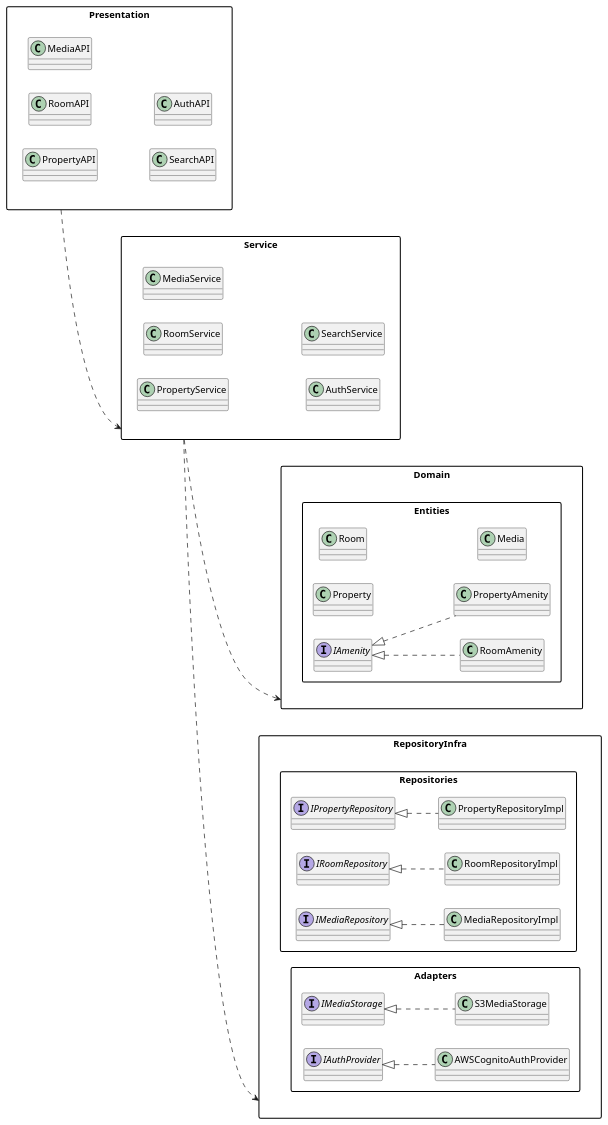
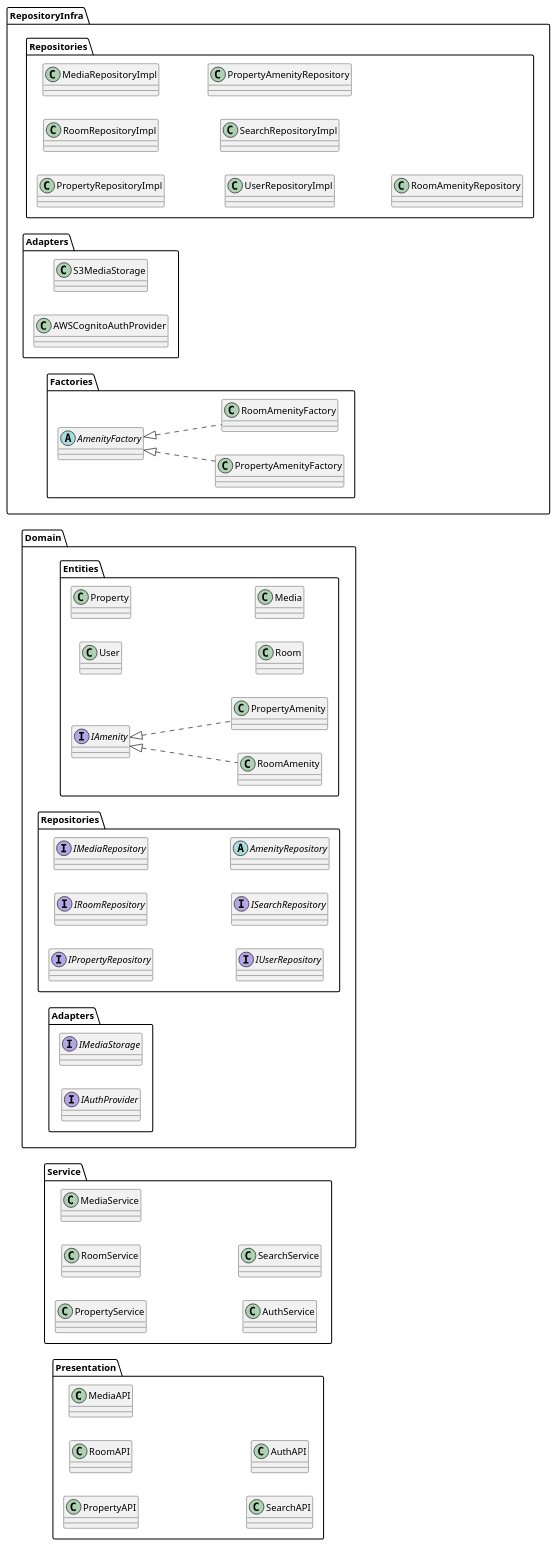
Before and after one commit to Formola/progettazione-hotel: the diagram in docs/plantuml/design/package.puml, drawn with PlantUML. The commit also changed 6 other files, not shown here.

Commit message:
adjusted sizes of uml diagrams

```diff
--- a/docs/plantuml/design/package.puml
+++ b/docs/plantuml/design/package.puml
@@ -1,79 +1,95 @@
 @startuml PackageDiagramOptimized
-skinparam packageStyle rectangle
 left to right direction
 
 ' --- PRESENTATION ---
 package "Presentation" {
   class PropertyAPI
   class RoomAPI
   class MediaAPI
   class SearchAPI
   class AuthAPI
 }
 
 ' --- SERVICE ---
 package "Service" {
   class PropertyService
   class RoomService
   class MediaService
   class AuthService
   class SearchService
 }
 
 ' --- DOMAIN ---
 package "Domain" {
 
   package "Entities" {
+    class User
     class Property
     class Room
     class Media
     interface IAmenity
     class RoomAmenity
     class PropertyAmenity
+  }
+
+  package "Repositories" {
+    interface IPropertyRepository
+    interface IRoomRepository
+    interface IMediaRepository
+    interface IUserRepository
+    interface ISearchRepository
+    abstract AmenityRepository
+  }
+
+
+  package "Adapters" {
+    interface IMediaStorage
+    interface IAuthProvider
   }
 
 
 
 }
 
 package "RepositoryInfra" {
 
   package "Repositories" {
     class PropertyRepositoryImpl
     class RoomRepositoryImpl
     class MediaRepositoryImpl
-    interface IPropertyRepository
-    interface IRoomRepository
-    interface IMediaRepository
+    class UserRepositoryImpl
+    class SearchRepositoryImpl
+    class PropertyAmenityRepository
+    class RoomAmenityRepository
   }
+
   package "Adapters" {
     class S3MediaStorage
     class AWSCognitoAuthProvider
-    interface IMediaStorage
 
-    class AWSCognitoAuthProvider
-    interface IAuthProvider
+  }
 
+  package "Factories" {
+    abstract AmenityFactory
+    class PropertyAmenityFactory
+    class RoomAmenityFactory
   }
 
 
 }
 
-"Presentation" ..> "Service"
-"Service" ..> "Domain"
-"Service" ..> "RepositoryInfra"
-
-
-IPropertyRepository <|.. PropertyRepositoryImpl
-IRoomRepository <|.. RoomRepositoryImpl
-IMediaRepository <|.. MediaRepositoryImpl
-IMediaStorage <|.. S3MediaStorage
-IAuthProvider <|.. AWSCognitoAuthProvider
+' "Presentation" ..> "Service"
+' "Service" ..> "RepositoryInfra"
+' "Service" ..> "Domain"
+' "RepositoryInfra" ..> "Domain"
 
 'iamenity
 IAmenity <|.. RoomAmenity
 IAmenity <|.. PropertyAmenity
 
+AmenityFactory <|.. PropertyAmenityFactory
+AmenityFactory <|.. RoomAmenityFactory
+
 
 
 @enduml
```
